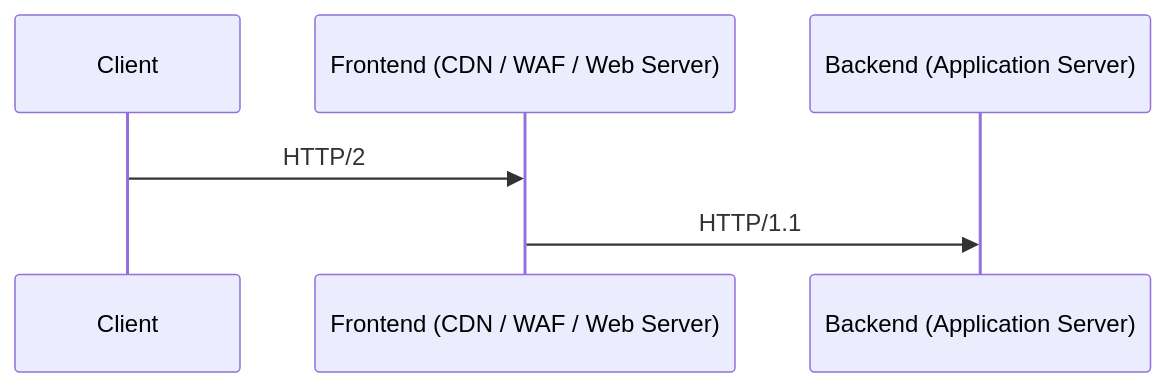
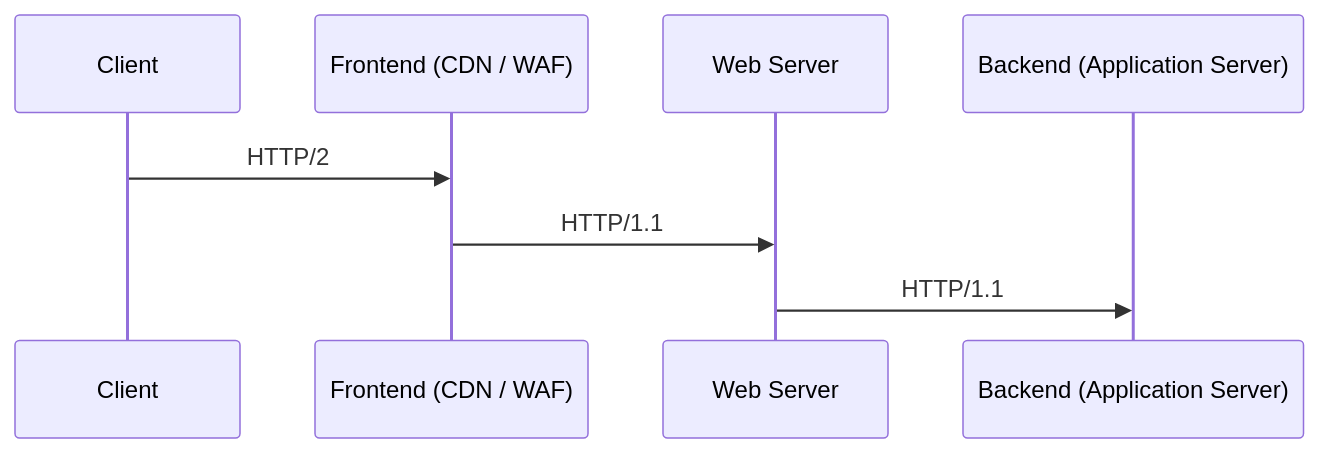
Before and after one commit to samuel871211/yusheng-tech-blog: the first of 3 diagrams in docs/http/nncoection-or-connection.md, drawn with Mermaid. The commit also changed other lines of this file and 1 other file, not shown here.

````diff
--- a/docs/http/nncoection-or-connection.md
+++ b/docs/http/nncoection-or-connection.md
@@ -35,9 +40,11 @@
 ```mermaid
 sequenceDiagram
-  participant Client
-  participant Frontend (CDN / WAF / Web Server)
-  participant Backend (Application Server)
+  participant c as Client
+  participant f as Frontend (CDN / WAF)
+  participant w as Web Server
+  participant b as Backend (Application Server)
 
-  Client ->> Frontend (CDN / WAF / Web Server): HTTP/2
-  Frontend (CDN / WAF / Web Server) ->> Backend (Application Server): HTTP/1.1
+  c ->> f: HTTP/2
+  f ->> w: HTTP/1.1
+  w ->> b: HTTP/1.1
 ```
````
